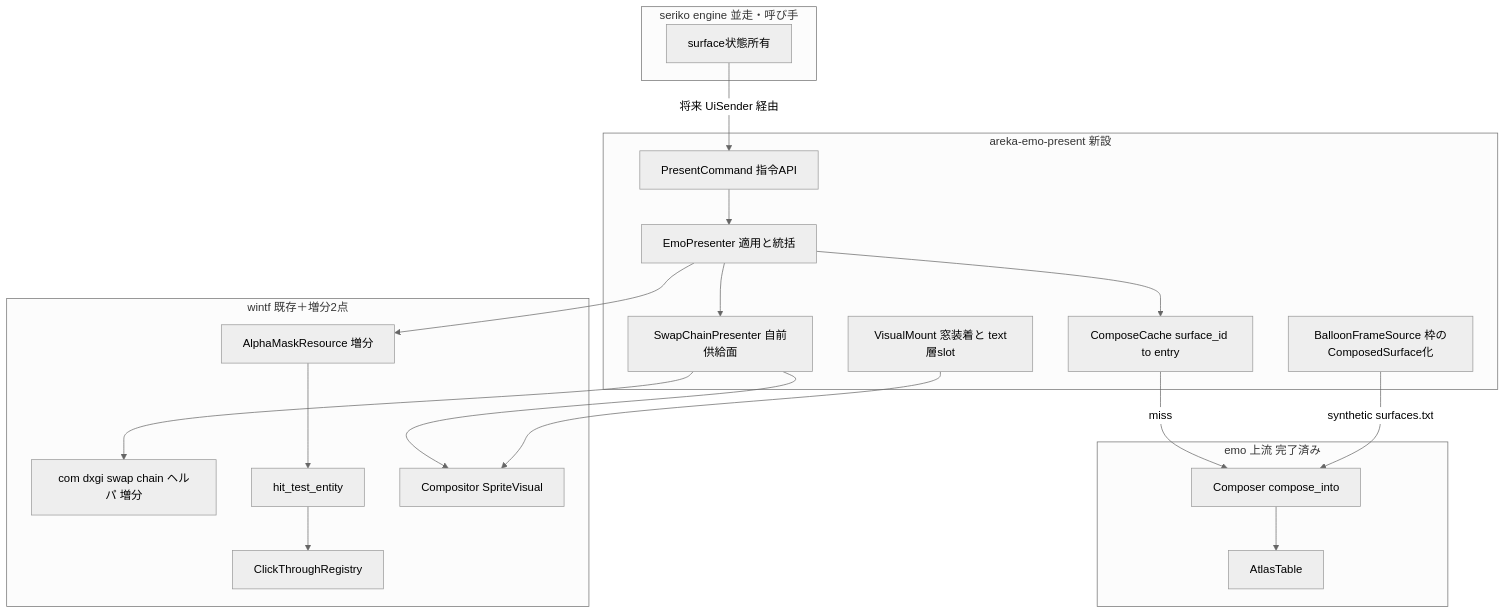
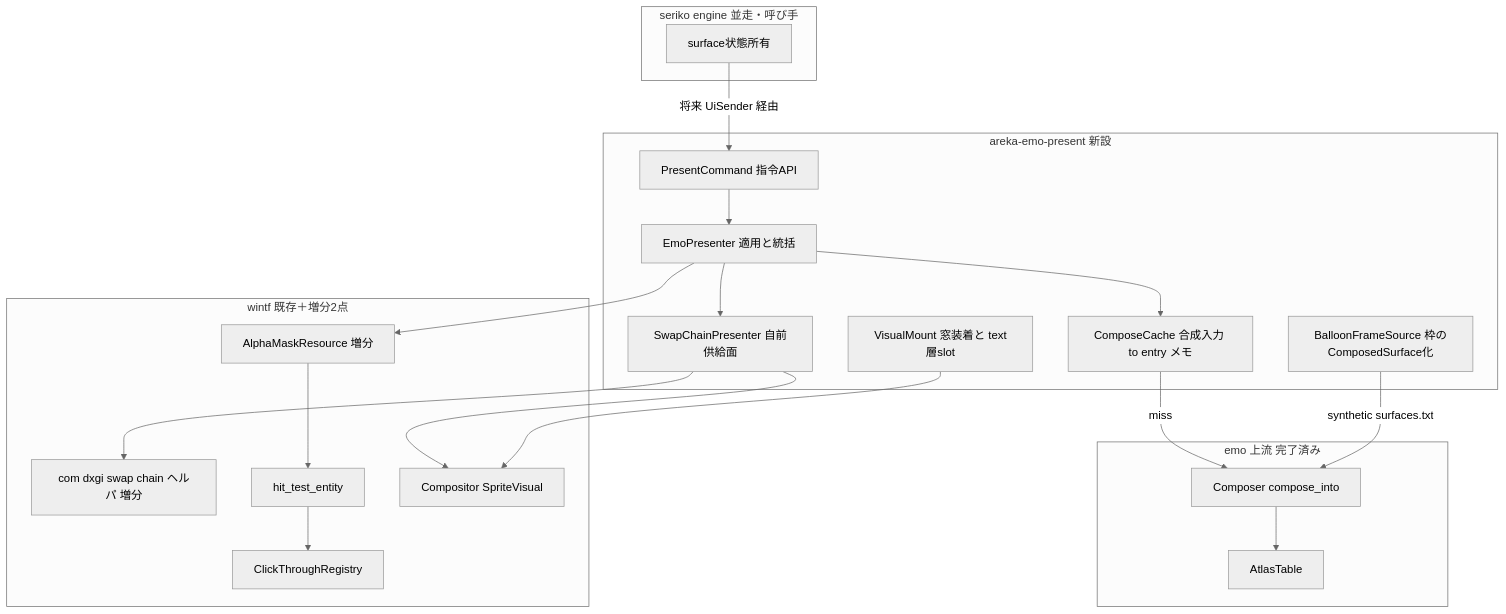
The first of 3 diagrams in .kiro/specs/areka-P0-emo-present/design.md (ekicyou/areka), drawn with Mermaid (neutral theme) before and after one commit. The commit also changed other lines of this file and 5 other files, not shown here.

First line of the commit message:
fix(areka-P0-emo-present): ComposeCache を合成入力キーの容量1メモへ再設計（キャッシュ仕様バグ是正）

````diff
--- a/.kiro/specs/areka-P0-emo-present/design.md
+++ b/.kiro/specs/areka-P0-emo-present/design.md
@@ -79,38 +79,38 @@
 ```mermaid
 graph TB
     subgraph seriko_engine [seriko engine 並走・呼び手]
         Seriko[surface状態所有]
     end
     subgraph emo_present [areka-emo-present 新設]
         Cmd[PresentCommand 指令API]
         Presenter[EmoPresenter 適用と統括]
-        Cache[ComposeCache surface_id to entry]
+        Cache[ComposeCache 合成入力 to entry メモ]
         Chain[SwapChainPresenter 自前供給面]
         Mount[VisualMount 窓装着と text層slot]
         Balloon[BalloonFrameSource 枠のComposedSurface化]
     end
     subgraph emo_upstream [emo 上流 完了済み]
         Compose[Composer compose_into]
         Atlas[AtlasTable]
     end
     subgraph wintf_layer [wintf 既存＋増分2点]
         ComDxgi[com dxgi swap chain ヘルパ 増分]
         MaskRes[AlphaMaskResource 増分]
         HitTest[hit_test_entity]
         CT[ClickThroughRegistry]
         WUC[Compositor SpriteVisual]
     end
     Seriko -->|将来 UiSender 経由| Cmd
     Cmd --> Presenter
     Presenter --> Cache
     Cache -->|miss| Compose
     Compose --> Atlas
     Balloon -->|synthetic surfaces.txt| Compose
     Presenter --> Chain
     Presenter --> MaskRes
     Chain --> ComDxgi
     Chain --> WUC
     Mount --> WUC
     MaskRes --> HitTest
     HitTest --> CT
 ```
````
